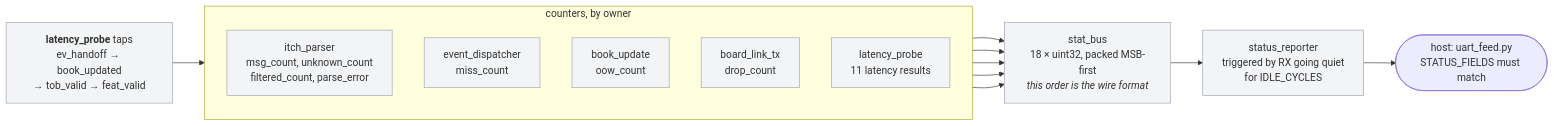
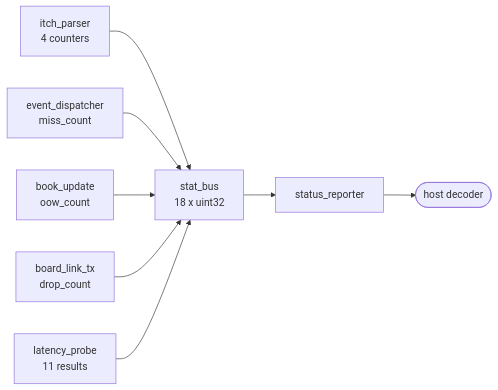
One commit to Rushmello369/fpga-feed-handler changed the fourth of 4 diagrams in docs/diagrams/system.md. Above: the diagram before and after it, drawn with Mermaid. The commit also changed other lines of this file and 12 other files, not shown here.

Commit message:
add diagrams for system and module architectures

````diff
--- a/docs/diagrams/system.md
+++ b/docs/diagrams/system.md
@@ -177,26 +148,16 @@
 ```mermaid
 flowchart LR
-    subgraph SRC["counters, by owner"]
-        direction TB
-        C1["itch_parser<br/>msg_count, unknown_count<br/>filtered_count, parse_error"]
-        C2["event_dispatcher<br/>miss_count"]
-        C3["book_update<br/>oow_count"]
-        C4["board_link_tx<br/>drop_count"]
-        C5["latency_probe<br/>11 latency results"]
-    end
+    C1[itch_parser<br/>4 counters]
+    C2[event_dispatcher<br/>miss_count]
+    C3[book_update<br/>oow_count]
+    C4[board_link_tx<br/>drop_count]
+    C5[latency_probe<br/>11 results]
 
-    TAPS["<b>latency_probe</b> taps<br/>ev_handoff → book_updated<br/>→ tob_valid → feat_valid"]
-    BUS["stat_bus<br/>18 × uint32, packed MSB-first<br/><i>this order is the wire format</i>"]
-    SR["status_reporter<br/>triggered by RX going quiet<br/>for IDLE_CYCLES"]
-    HOST(["host: uart_feed.py<br/>STATUS_FIELDS must match"])
-
-    C1 --> BUS
+    C1 --> BUS[stat_bus<br/>18 x uint32]
     C2 --> BUS
     C3 --> BUS
     C4 --> BUS
-    TAPS --> C5 --> BUS
-    BUS --> SR --> HOST
-
-    classDef diag fill:#f3f4f6,stroke:#9ca3af
-    class C1,C2,C3,C4,C5,TAPS,BUS,SR diag
+    C5 --> BUS
+    BUS --> SR[status_reporter]
+    SR --> HOST([host decoder])
 ```
````
